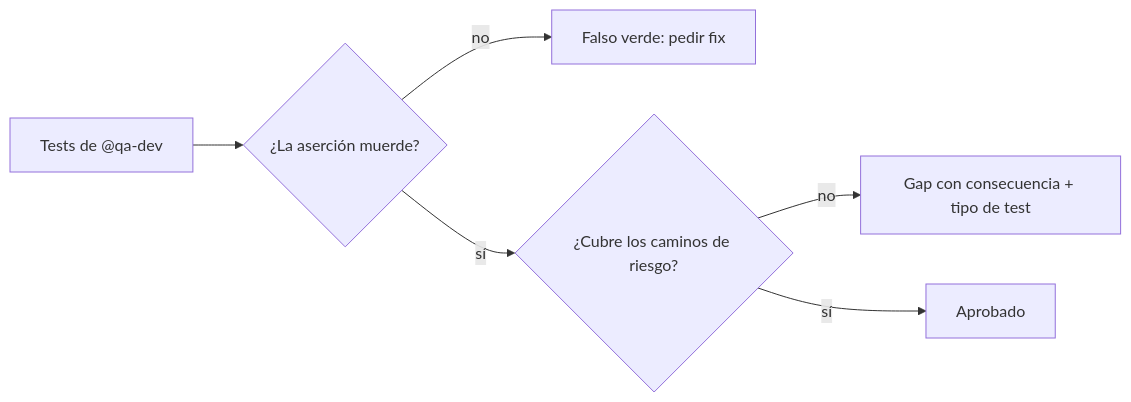
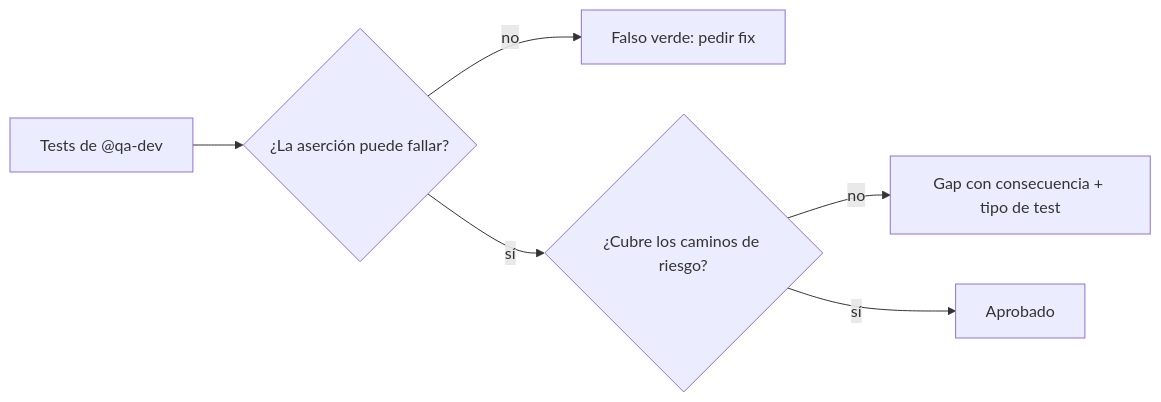
Before and after one commit to YoizenSA/dev-ai-workflow: the diagram in docs/src/content/docs/agents/qa-reviewer.mdx, drawn with Mermaid. The commit also changed other lines of this file and 2 other files, not shown here.

Commit message:
fix(docs): improve clarity in QA Reviewer and configuration documentation

````diff
--- a/docs/src/content/docs/agents/qa-reviewer.mdx
+++ b/docs/src/content/docs/agents/qa-reviewer.mdx
@@ -18,8 +18,8 @@
 ```mermaid
 flowchart LR
-    A[Tests de @qa-dev] --> B{¿La aserción muerde?}
+    A[Tests de @qa-dev] --> B{¿La aserción puede fallar?}
     B -->|no| C[Falso verde: pedir fix]
     B -->|sí| D{¿Cubre los caminos de riesgo?}
     D -->|no| E[Gap con consecuencia + tipo de test]
     D -->|sí| F[Aprobado]
 ```
````
